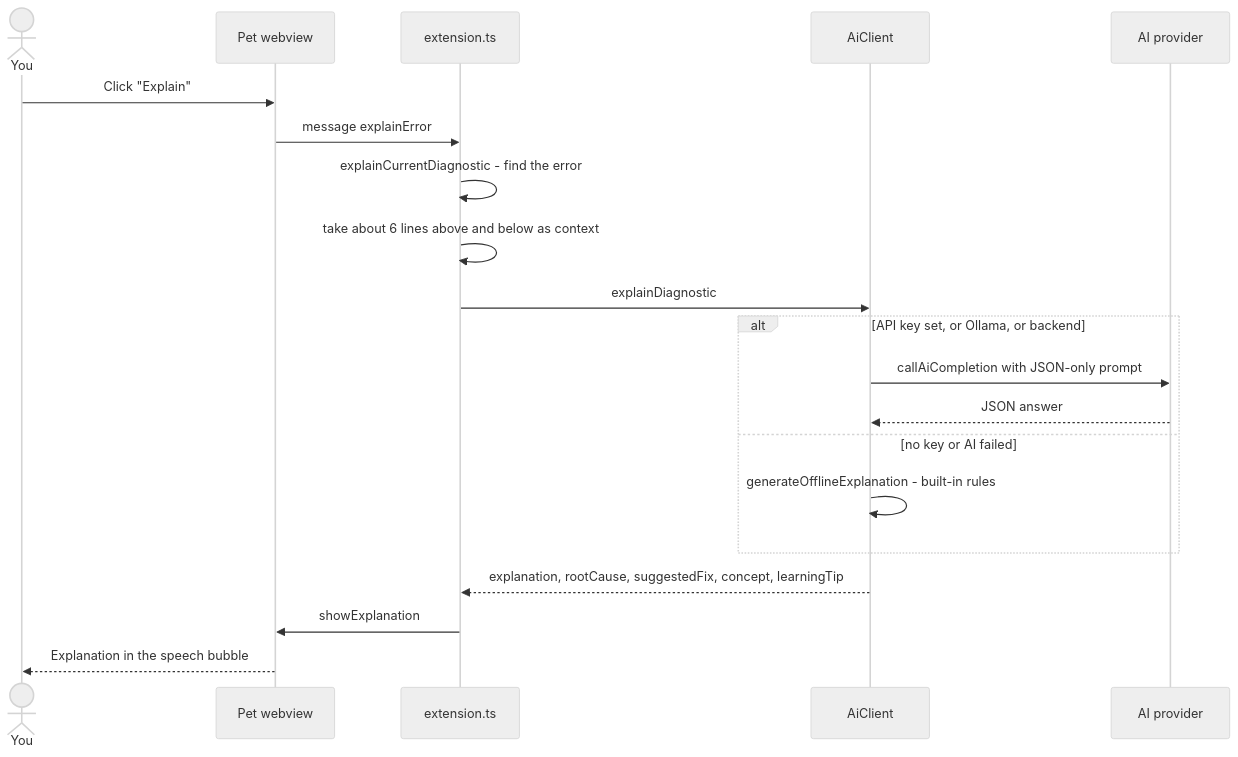
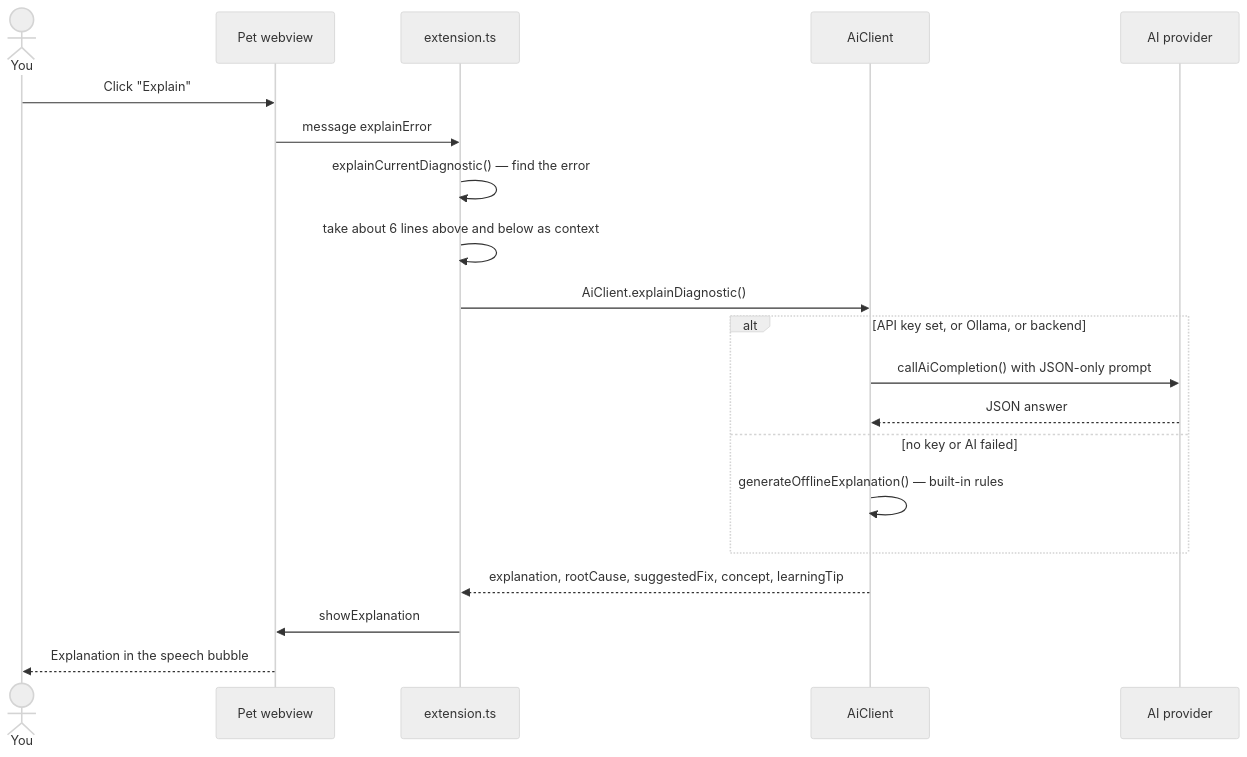
The sixth of 14 diagrams in README.md (maimanishhoon/aicodingpet), drawn with Mermaid (neutral theme) before and after one commit. The commit also changed other lines of this file, not shown here.

````diff
--- a/README.md
+++ b/README.md
@@ -306,23 +445,23 @@
 ```mermaid
 sequenceDiagram
     actor U as You
     participant W as Pet webview
     participant X as extension.ts
     participant A as AiClient
     participant P as AI provider
 
     U->>W: Click "Explain"
     W->>X: message explainError
-    X->>X: explainCurrentDiagnostic - find the error
+    X->>X: explainCurrentDiagnostic() — find the error
     X->>X: take about 6 lines above and below as context
-    X->>A: explainDiagnostic
+    X->>A: AiClient.explainDiagnostic()
     alt API key set, or Ollama, or backend
-        A->>P: callAiCompletion with JSON-only prompt
+        A->>P: callAiCompletion() with JSON-only prompt
         P-->>A: JSON answer
     else no key or AI failed
-        A->>A: generateOfflineExplanation - built-in rules
+        A->>A: generateOfflineExplanation() — built-in rules
     end
     A-->>X: explanation, rootCause, suggestedFix, concept, learningTip
     X->>W: showExplanation
     W-->>U: Explanation in the speech bubble
 ```
````
